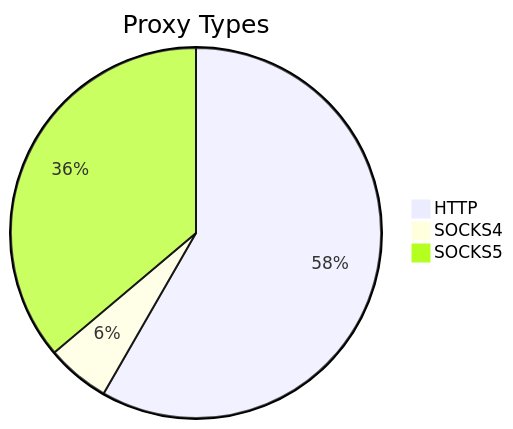
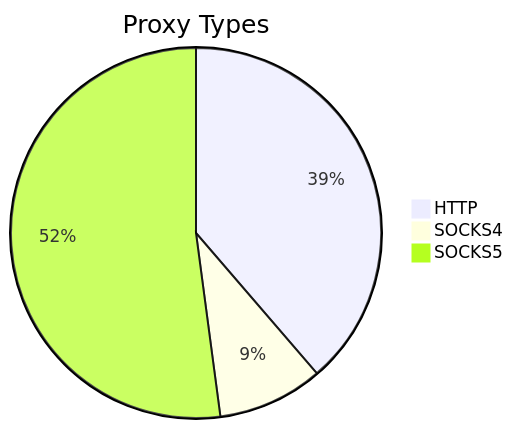
The first of 2 diagrams in README.md (stormsia/proxy-list), drawn with Mermaid before and after one commit. The commit also changed other lines of this file, not shown here.

````diff
--- a/README.md
+++ b/README.md
@@ -21,6 +21,6 @@
 ```mermaid
 pie title Proxy Types
-    "HTTP" : 179
-    "SOCKS4" : 17
-    "SOCKS5" : 111
+    "HTTP" : 147
+    "SOCKS4" : 35
+    "SOCKS5" : 198
 ```
````
